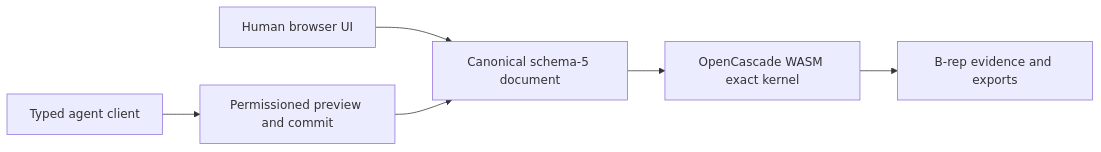
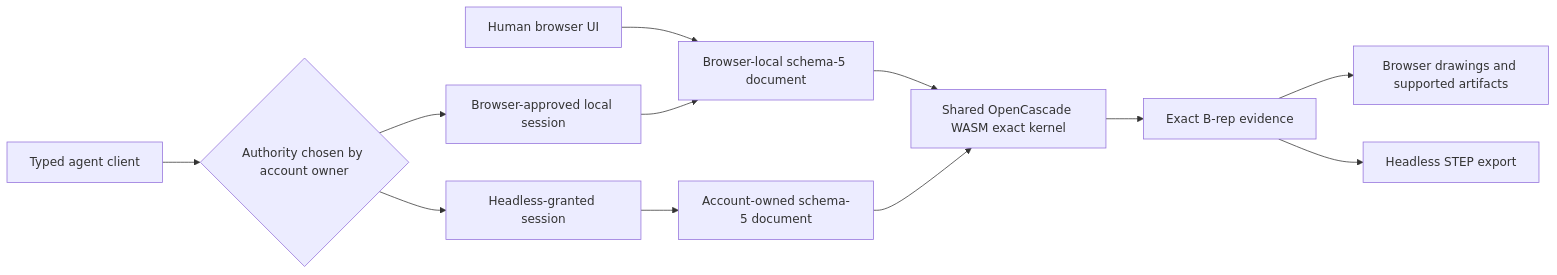
Before and after one commit to bmshin94/partmode: the diagram in README.md, drawn with Mermaid. The commit also changed other lines of this file, not shown here.

````diff
--- a/README.md
+++ b/README.md
@@ -43,8 +66,14 @@
 ```mermaid
 flowchart LR
-  H["Human browser UI"] --> D["Canonical schema-5 document"]
-  M["Typed agent client"] --> C["Permissioned preview and commit"]
-  C --> D
-  D --> K["OpenCascade WASM exact kernel"]
-  K --> E["B-rep evidence and exports"]
+  H["Human browser UI"] --> L["Browser-local schema-5 document"]
+  A["Typed agent client"] --> G{"Authority chosen by account owner"}
+  G --> B["Browser-approved local session"]
+  G --> X["Headless-granted session"]
+  B --> L
+  X --> S["Account-owned schema-5 document"]
+  L --> K["Shared OpenCascade WASM exact kernel"]
+  S --> K
+  K --> E["Exact B-rep evidence"]
+  E --> O["Browser drawings and supported artifacts"]
+  E --> T["Headless STEP export"]
 ```
````
